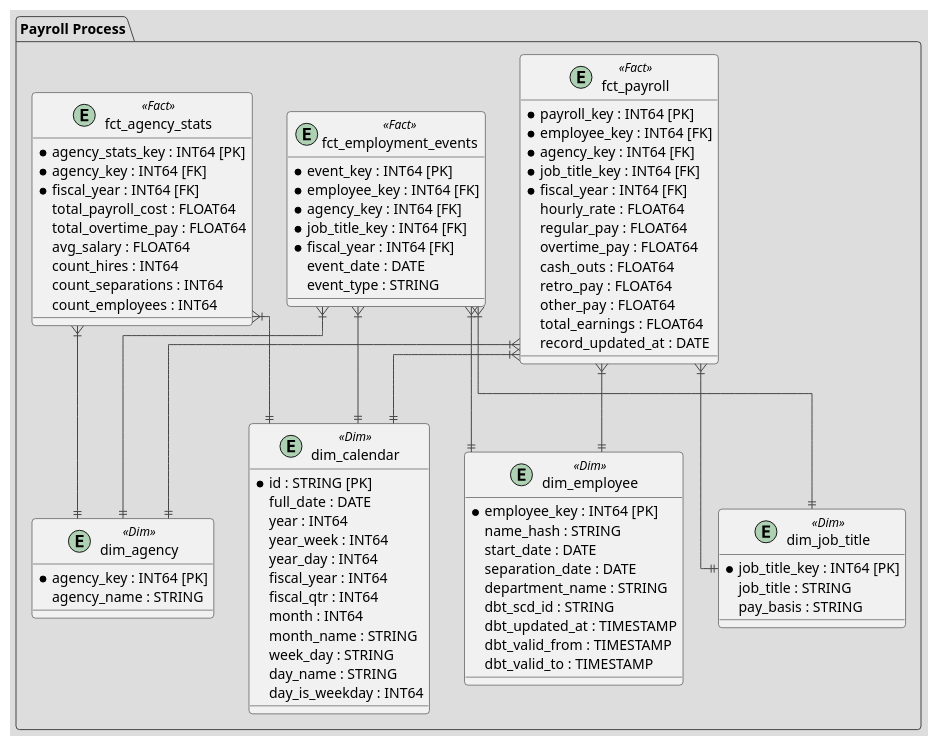
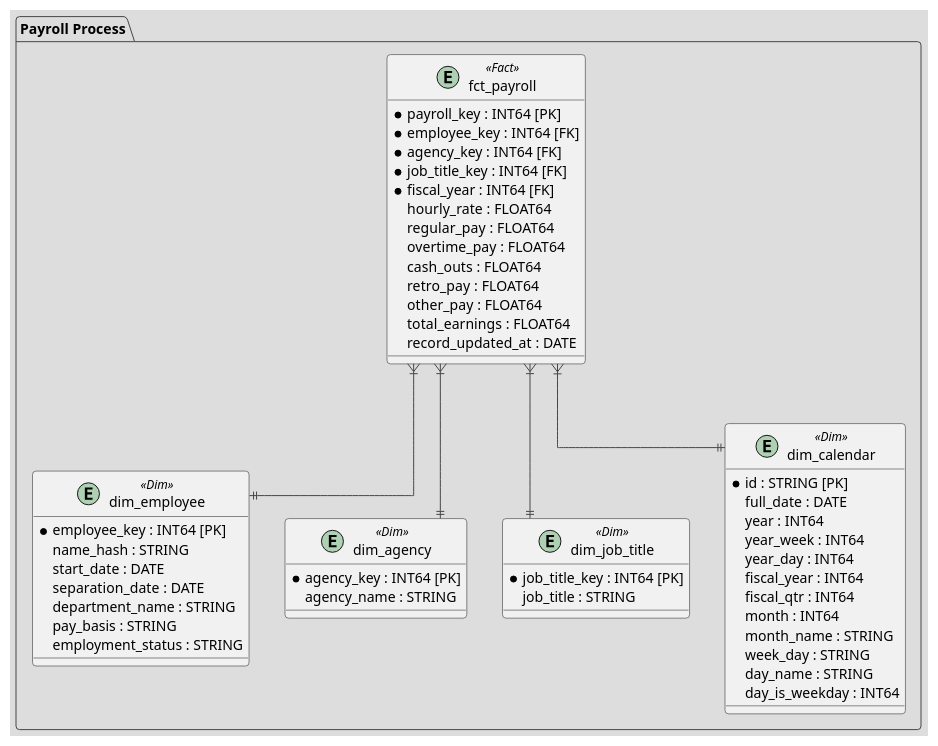
The diagram in documentation/diagrams/source_code/erd_mta_physical_model.puml (Kadiax/mta-payroll-nyc), drawn with PlantUML before and after one commit. The commit also changed 9 other files, not shown here.

Commit message:
docs: update erd (removed 2 stars schemas)

```diff
--- a/documentation/diagrams/source_code/erd_mta_physical_model.puml
+++ b/documentation/diagrams/source_code/erd_mta_physical_model.puml
@@ -1,99 +1,66 @@
 @startuml
 !theme toy
 skinparam linetype ortho
 
 ' --- STAR 1 : PAYROLL ---
 package "Payroll Process" {
 
     entity "dim_employee" as DE1 <<Dim>> {
         * employee_key : INT64 [PK]
          name_hash : STRING
          start_date : DATE
          separation_date : DATE
          department_name : STRING
-         dbt_scd_id : STRING
-         dbt_updated_at : TIMESTAMP
-         dbt_valid_from : TIMESTAMP
-         dbt_valid_to : TIMESTAMP
+         pay_basis : STRING
+         employment_status : STRING
     }
     entity "dim_agency" as DA1 <<Dim>> {
         * agency_key : INT64 [PK]
          agency_name : STRING
     }
     entity "dim_job_title" as DJT1 <<Dim>> {
         * job_title_key : INT64 [PK]
          job_title : STRING
-         pay_basis : STRING
     }
     entity "dim_calendar" as DC1 <<Dim>> {
         * id : STRING [PK]
          full_date : DATE
          year : INT64
          year_week : INT64
          year_day : INT64
          fiscal_year : INT64
          fiscal_qtr : INT64
          month : INT64
          month_name : STRING
          week_day : STRING
          day_name : STRING
          day_is_weekday : INT64
     }
 
 
     entity "fct_payroll" as FP <<Fact>> {
         * payroll_key : INT64 [PK]
         * employee_key : INT64 [FK]
         * agency_key : INT64 [FK]
         * job_title_key : INT64 [FK]
         * fiscal_year : INT64 [FK]
          hourly_rate : FLOAT64
          regular_pay : FLOAT64
          overtime_pay : FLOAT64
          cash_outs : FLOAT64
          retro_pay : FLOAT64
          other_pay : FLOAT64
          total_earnings : FLOAT64
          record_updated_at : DATE
     }
 
-    entity "fct_employment_events" as FE <<Fact>> {
-        * event_key : INT64 [PK]
-        * employee_key : INT64 [FK]
-        * agency_key : INT64 [FK]
-        * job_title_key : INT64 [FK]
-        * fiscal_year : INT64 [FK]
-         event_date : DATE
-         event_type : STRING
-
-    }
-
-    entity "fct_agency_stats" as FS <<Fact>> {
-        * agency_stats_key : INT64 [PK]
-        * agency_key : INT64 [FK]
-        * fiscal_year : INT64 [FK]
-         total_payroll_cost : FLOAT64
-         total_overtime_pay : FLOAT64
-         avg_salary : FLOAT64
-         count_hires : INT64
-         count_separations : INT64
-         count_employees : INT64
-    }
-
     FP }|--|| DE1
     FP }|--|| DA1
     FP }|--|| DJT1
     FP }|--|| DC1
 
-    FE }|--|| DE1
-    FE }|--|| DA1
-    FE }|--|| DJT1
-    FE }|--|| DC1
-
-    FS }|--|| DA1
-    FS }|--|| DC1
 }
 
 
 
 @enduml
```
